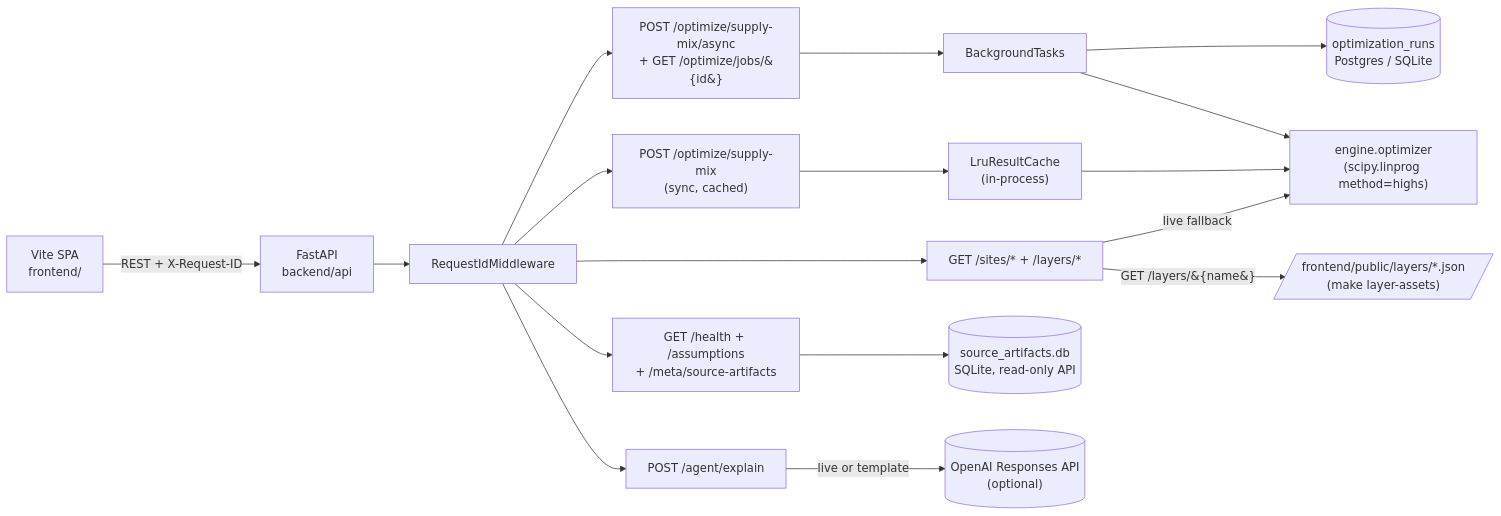
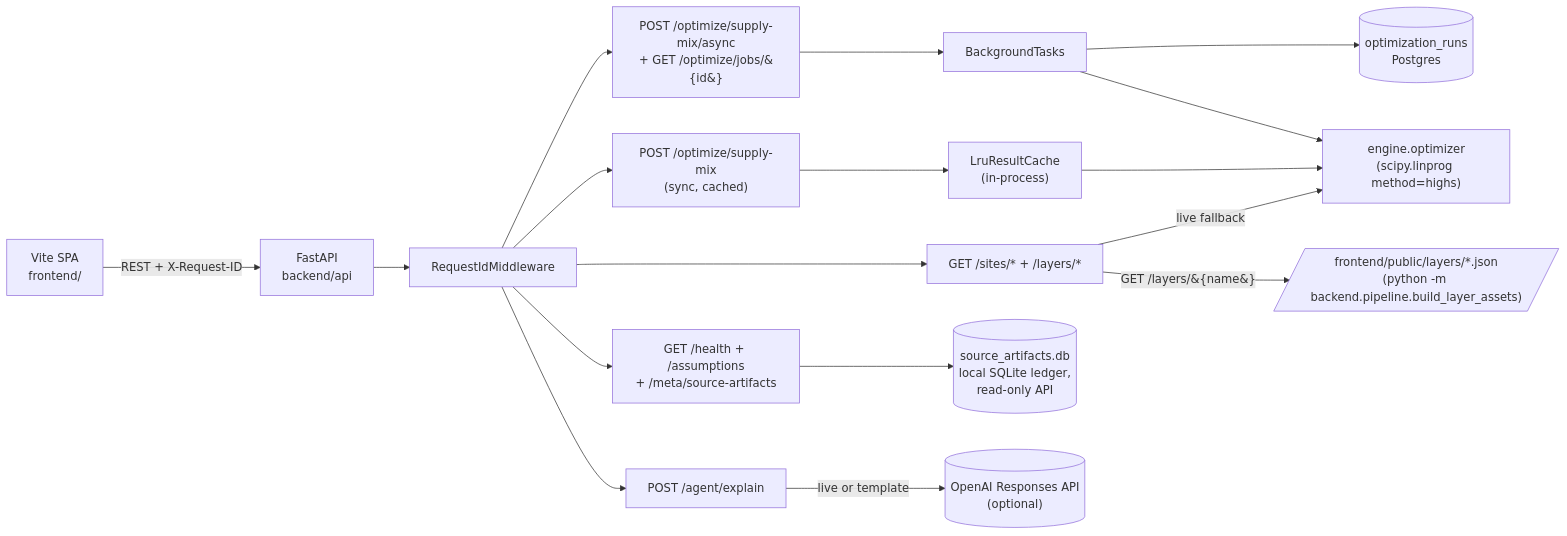
Before and after one commit to My-Hackathon-Projects/Loadstar-Data-Center-Siting-and-Power: the first of 6 diagrams in public/docs/architecture.md, drawn with Mermaid. The commit also changed other lines of this file and 18 other files, not shown here.

````diff
--- a/public/docs/architecture.md
+++ b/public/docs/architecture.md
@@ -5,33 +5,33 @@
 ```mermaid
 flowchart LR
     SPA["Vite SPA<br/>frontend/"]
     API["FastAPI<br/>backend/api"]
     ReqId["RequestIdMiddleware"]
     SyncOpt["POST /optimize/supply-mix<br/>(sync, cached)"]
     AsyncOpt["POST /optimize/supply-mix/async<br/>+ GET /optimize/jobs/&#123;id&#125;"]
     Sites["GET /sites/* + /layers/*"]
     Agent["POST /agent/explain"]
     Meta["GET /health + /assumptions<br/>+ /meta/source-artifacts"]
     LRU["LruResultCache<br/>(in-process)"]
     BG["BackgroundTasks"]
     Engine["engine.optimizer<br/>(scipy.linprog method=highs)"]
-    OptRuns[("optimization_runs<br/>Postgres / SQLite")]
-    Artifacts[("source_artifacts.db<br/>SQLite, read-only API")]
+    OptRuns[("optimization_runs<br/>Postgres")]
+    Artifacts[("source_artifacts.db<br/>local SQLite ledger,<br/>read-only API")]
     OpenAI[("OpenAI Responses API<br/>(optional)")]
-    StaticLayers[/"frontend/public/layers/*.json<br/>(make layer-assets)"/]
+    StaticLayers[/"frontend/public/layers/*.json<br/>(python -m backend.pipeline.build_layer_assets)"/]
 
     SPA -->|REST + X-Request-ID| API
     API --> ReqId
     ReqId --> SyncOpt
     ReqId --> AsyncOpt
     ReqId --> Sites
     ReqId --> Agent
     ReqId --> Meta
     Sites -->|GET /layers/&#123;name&#125;| StaticLayers
     Sites -->|live fallback| Engine
     SyncOpt --> LRU --> Engine
     AsyncOpt --> BG --> OptRuns
     BG --> Engine
     Agent -->|live or template| OpenAI
     Meta --> Artifacts
 ```
````
